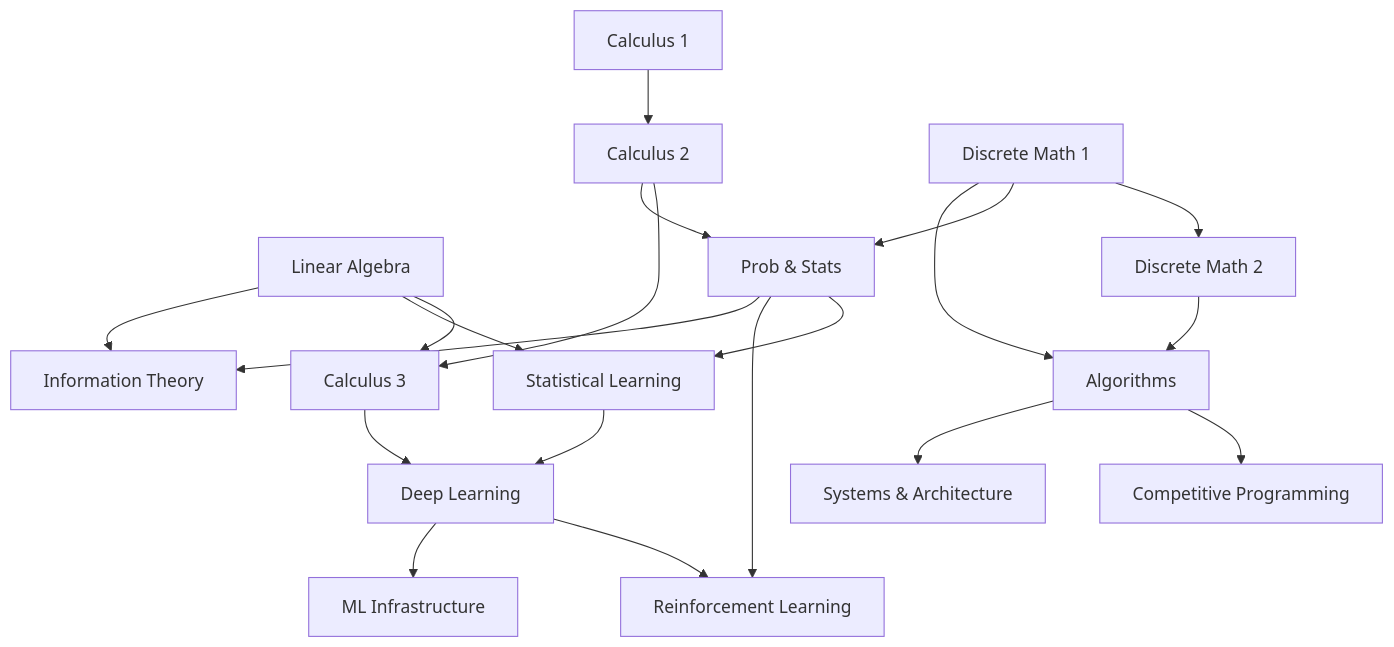
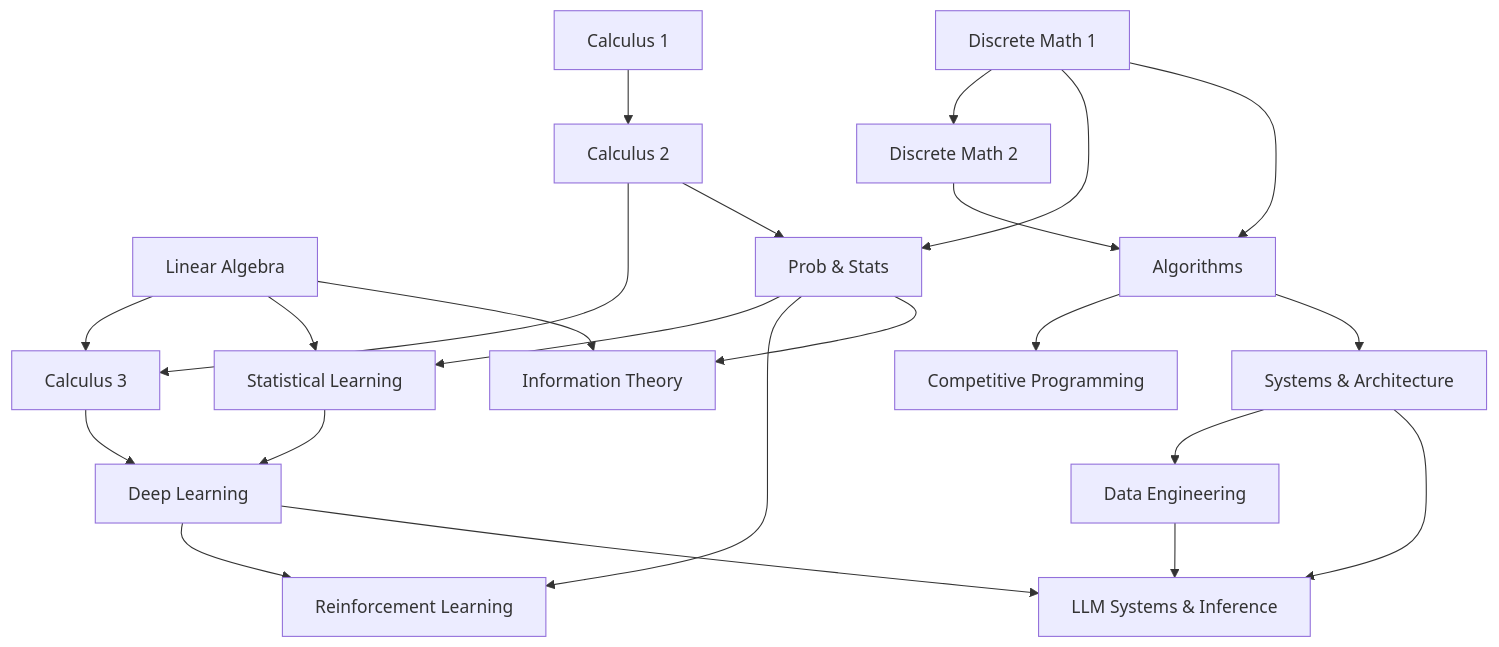
Before and after one commit to urmzd/supersource: the diagram in README.md, drawn with Mermaid. The commit also changed other lines of this file and 13 other files, not shown here.

First line of the commit message:
docs: add data engineering track and LLM systems & inference topic

````diff
--- a/README.md
+++ b/README.md
@@ -104,26 +114,29 @@
 ```mermaid
 graph TD
     C1[Calculus 1] --> C2[Calculus 2]
     C2 --> C3[Calculus 3]
     LA[Linear Algebra] --> C3
     D1[Discrete Math 1] --> D2[Discrete Math 2]
     C2 --> PS[Prob & Stats]
     D1 --> PS
 
     D1 --> ALG[Algorithms]
     D2 --> ALG
     ALG --> CP[Competitive Programming]
 
     PS --> SL[Statistical Learning]
     LA --> SL
     SL --> DL[Deep Learning]
     C3 --> DL
     DL --> RL[Reinforcement Learning]
     PS --> RL
 
     PS --> IT[Information Theory]
     LA --> IT
 
     ALG --> SYS[Systems & Architecture]
-    DL --> MLINF[ML Infrastructure]
+    SYS --> DE[Data Engineering]
+    DL --> LLM[LLM Systems & Inference]
+    SYS --> LLM
+    DE --> LLM
 ```
````
